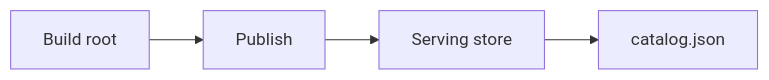
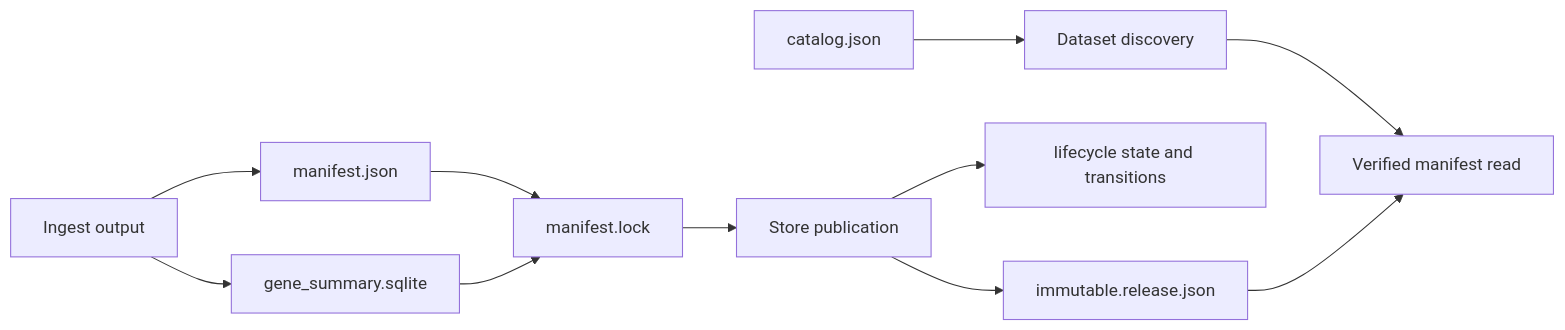
One commit to bijux/bijux-atlas changed the diagram in docs/bijux-atlas/contracts/artifact-and-store-contracts.md. Above: the diagram before and after it, drawn with Mermaid. The commit also changed other lines of this file and 2 other files, not shown here.

````diff
--- a/docs/bijux-atlas/contracts/artifact-and-store-contracts.md
+++ b/docs/bijux-atlas/contracts/artifact-and-store-contracts.md
@@ -17,6 +16,13 @@
 ```mermaid
 flowchart LR
-    Build[Build root] --> Publish[Publish]
-    Publish --> Store[Serving store]
-    Store --> Catalog[catalog.json]
+    Ingest[Ingest output] --> Manifest[manifest.json]
+    Ingest --> SQLite[gene_summary.sqlite]
+    Manifest --> Lock[manifest.lock]
+    SQLite --> Lock
+    Lock --> Publish[Store publication]
+    Publish --> Marker[immutable.release.json]
+    Publish --> Lifecycle[lifecycle state and transitions]
+    Catalog[catalog.json] --> Discover[Dataset discovery]
+    Discover --> Read[Verified manifest read]
+    Marker --> Read
 ```
````
